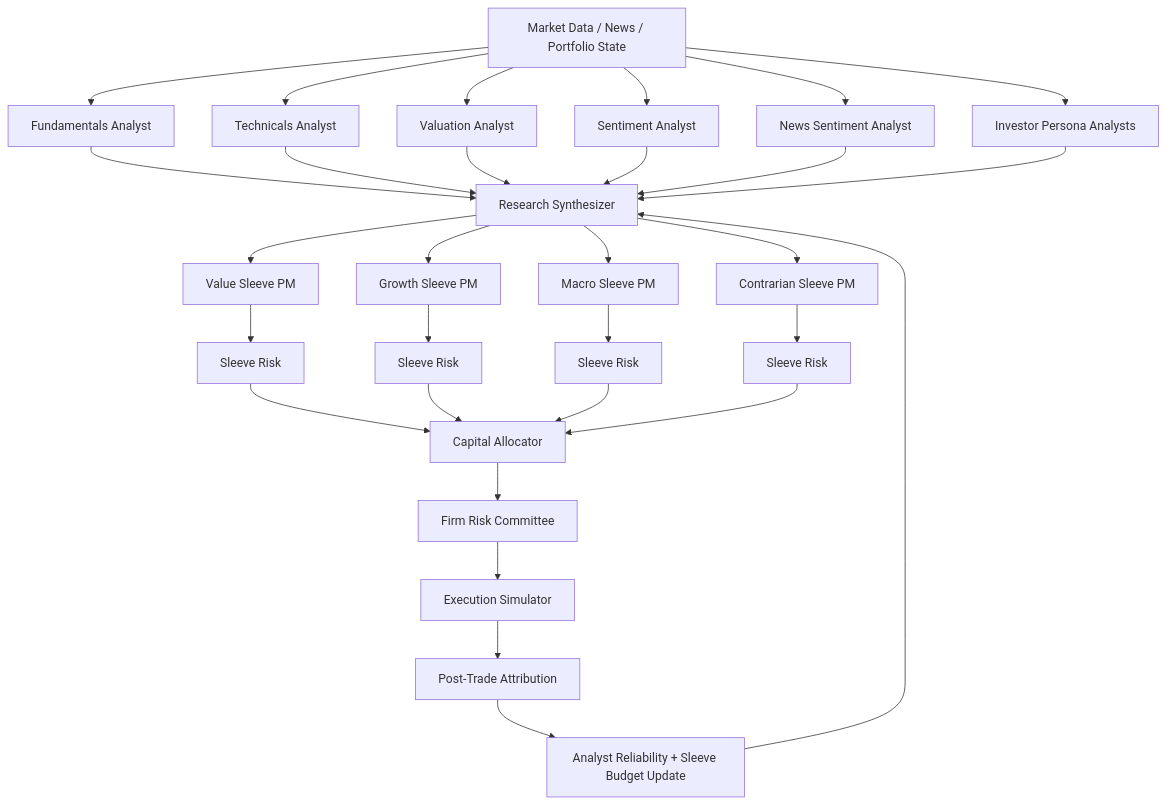
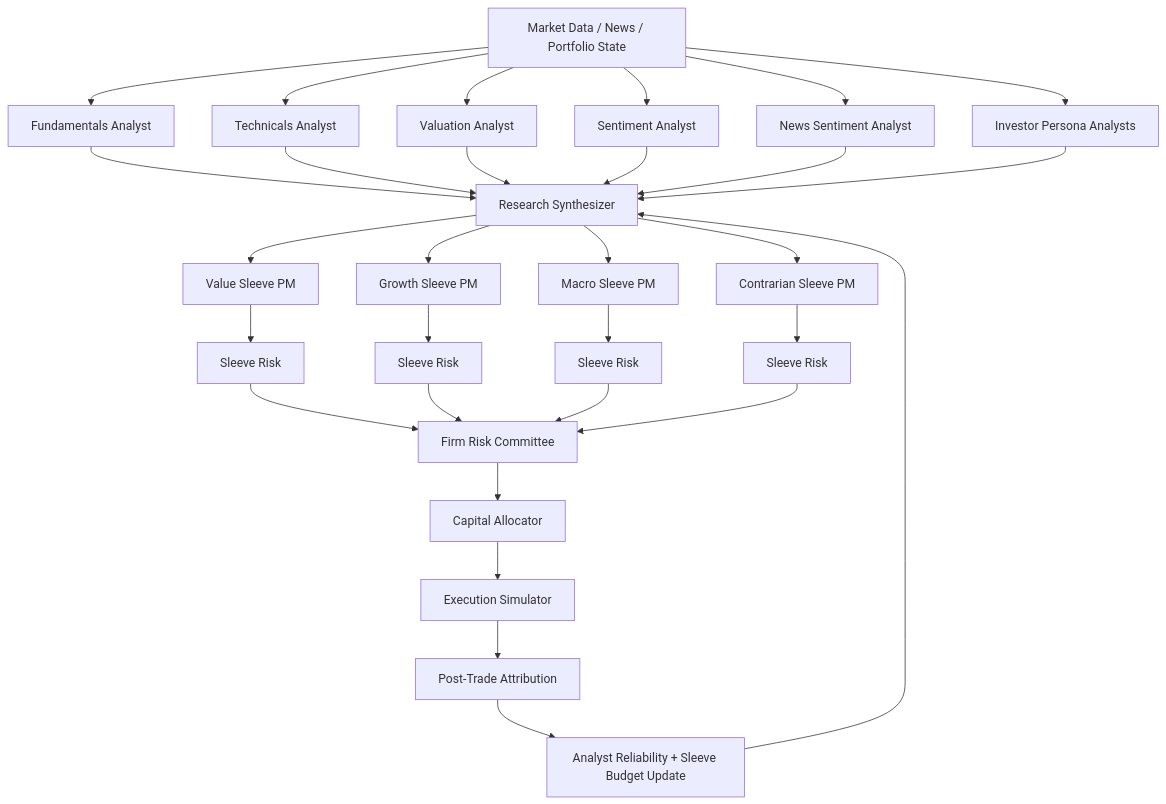
One commit to yzha0/ai-hedge-fund-common changed the first of 2 diagrams in AI智能投研系统模拟工作台_Case_Study.md. Above: the diagram before and after it, drawn with Mermaid. The commit also changed other lines of this file, not shown here.

````diff
--- a/AI智能投研系统模拟工作台_Case_Study.md
+++ b/AI智能投研系统模拟工作台_Case_Study.md
@@ -330,39 +330,39 @@
 ```mermaid
 flowchart TD
     A[Market Data / News / Portfolio State]
 
     A --> B1[Fundamentals Analyst]
     A --> B2[Technicals Analyst]
     A --> B3[Valuation Analyst]
     A --> B4[Sentiment Analyst]
     A --> B5[News Sentiment Analyst]
     A --> B6[Investor Persona Analysts]
 
     B1 --> C[Research Synthesizer]
     B2 --> C
     B3 --> C
     B4 --> C
     B5 --> C
     B6 --> C
 
     C --> D1[Value Sleeve PM]
     C --> D2[Growth Sleeve PM]
     C --> D3[Macro Sleeve PM]
     C --> D4[Contrarian Sleeve PM]
 
     D1 --> E1[Sleeve Risk]
     D2 --> E2[Sleeve Risk]
     D3 --> E3[Sleeve Risk]
     D4 --> E4[Sleeve Risk]
 
-    E1 --> F[Capital Allocator]
+    E1 --> F[Firm Risk Committee]
     E2 --> F
     E3 --> F
     E4 --> F
 
-    F --> G[Firm Risk Committee]
+    F --> G[Capital Allocator]
     G --> H[Execution Simulator]
     H --> I[Post-Trade Attribution]
     I --> J[Analyst Reliability + Sleeve Budget Update]
     J --> C
 ```
````
